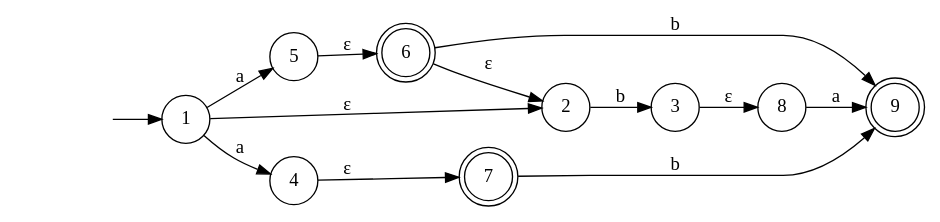
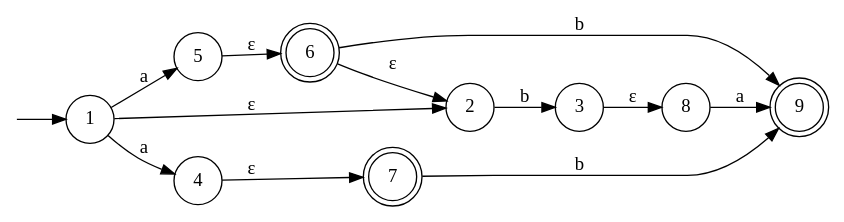
One commit to Ynjxsjmh/ynjxsjmh.github.io changed the diagram in img/2019/2019-03-26-nfa-to-dfa-example.dot. Above: the diagram before and after it, drawn with Graphviz. The commit also changed 10 other files, not shown here.

```diff
--- a/img/2019/2019-03-26-nfa-to-dfa-example.dot
+++ b/img/2019/2019-03-26-nfa-to-dfa-example.dot
@@ -1,27 +1,27 @@
 digraph G {
     rankdir = "LR";
     compound=true;
     node [shape=circle];
 
     6 [shape=doublecircle]
     7 [shape=doublecircle]
     9 [shape=doublecircle]
 
-    begin [style=invis];
+    begin [style=invis, fixedsize=true, width=0.01];
     begin -> 1;
     1 -> 5 [label="a"];
     1 -> 2 [label="ε"];
     1 -> 4 [label="a"];
 
     5 -> 6 [label="ε"];
     2 -> 3 [label="b"];
     4 -> 7 [label="ε"];
 
     6 -> 2 [label="ε"];
     6 -> 9 [label="b"];
 
     3 -> 8 [label="ε"];
     7 -> 9 [label="b"];
 
     8 -> 9 [label="a"];
 }
```
